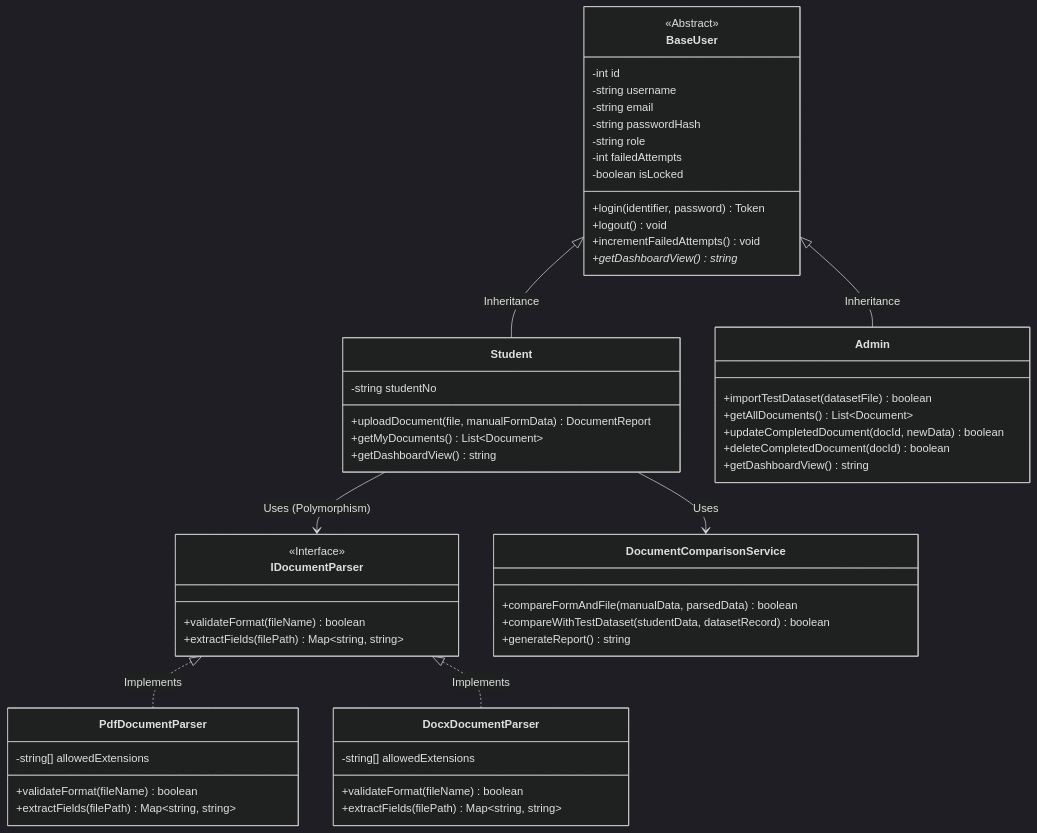
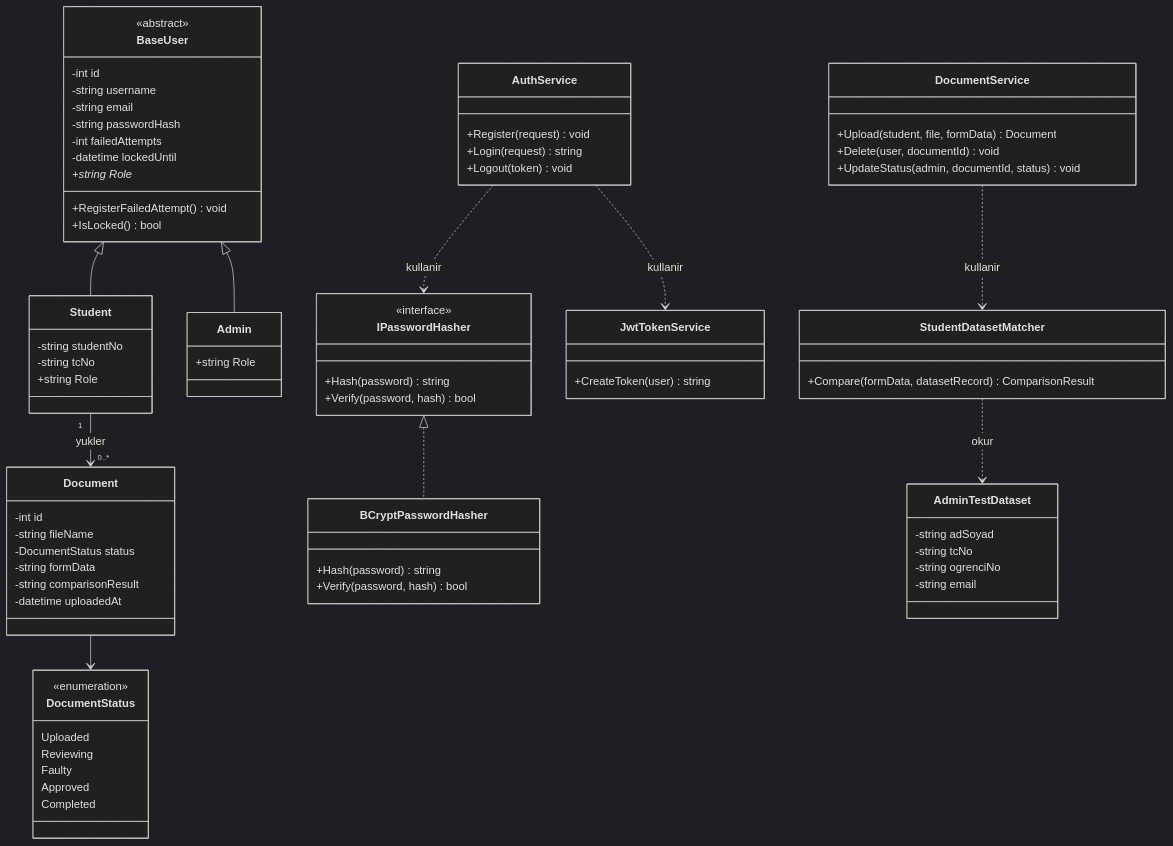
The diagram in docs/02_NYP_CLASS_DIYAGRAMI.md (faruksrcn21-ux/staj-yonetim-sistemi), drawn with Mermaid (dark theme) before and after one commit. The commit also changed other lines of this file and 3 other files, not shown here.

Commit message:
docs: redraw diagrams for evrak dogrulama requirements

````diff
--- a/docs/02_NYP_CLASS_DIYAGRAMI.md
+++ b/docs/02_NYP_CLASS_DIYAGRAMI.md
@@ -15,63 +5,91 @@
 ```mermaid
 classDiagram
     class BaseUser {
-        <<Abstract>>
+        <<abstract>>
         -int id
         -string username
         -string email
         -string passwordHash
-        -string role
         -int failedAttempts
-        -boolean isLocked
-        +login(identifier, password) Token
-        +logout() void
-        +incrementFailedAttempts() void
-        +getDashboardView()* string
+        -datetime lockedUntil
+        +string Role*
+        +RegisterFailedAttempt() void
+        +IsLocked() bool
     }
 
     class Student {
         -string studentNo
-        +uploadDocument(file, manualFormData) DocumentReport
-        +getMyDocuments() List~Document~
-        +getDashboardView() string
+        -string tcNo
+        +string Role
     }
 
     class Admin {
-        +importTestDataset(datasetFile) boolean
-        +getAllDocuments() List~Document~
-        +updateCompletedDocument(docId, newData) boolean
-        +deleteCompletedDocument(docId) boolean
-        +getDashboardView() string
+        +string Role
     }
 
-    class IDocumentParser {
-        <<Interface>>
-        +validateFormat(fileName) boolean
-        +extractFields(filePath) Map~string, string~
+    class IPasswordHasher {
+        <<interface>>
+        +Hash(password) string
+        +Verify(password, hash) bool
     }
 
-    class PdfDocumentParser {
-        -string[] allowedExtensions
-        +validateFormat(fileName) boolean
-        +extractFields(filePath) Map~string, string~
+    class BCryptPasswordHasher {
+        +Hash(password) string
+        +Verify(password, hash) bool
     }
 
-    class DocxDocumentParser {
-        -string[] allowedExtensions
-        +validateFormat(fileName) boolean
-        +extractFields(filePath) Map~string, string~
+    class AuthService {
+        +Register(request) void
+        +Login(request) string
+        +Logout(token) void
     }
 
-    class DocumentComparisonService {
-        +compareFormAndFile(manualData, parsedData) boolean
-        +compareWithTestDataset(studentData, datasetRecord) boolean
-        +generateReport() string
+    class JwtTokenService {
+        +CreateToken(user) string
     }
 
-    BaseUser <|-- Student : Inheritance
-    BaseUser <|-- Admin : Inheritance
-    IDocumentParser <|.. PdfDocumentParser : Implements
-    IDocumentParser <|.. DocxDocumentParser : Implements
-    Student --> IDocumentParser : Uses (Polymorphism)
-    Student --> DocumentComparisonService : Uses
+    class DocumentService {
+        +Upload(student, file, formData) Document
+        +Delete(user, documentId) void
+        +UpdateStatus(admin, documentId, status) void
+    }
+
+    class StudentDatasetMatcher {
+        +Compare(formData, datasetRecord) ComparisonResult
+    }
+
+    class Document {
+        -int id
+        -string fileName
+        -DocumentStatus status
+        -string formData
+        -string comparisonResult
+        -datetime uploadedAt
+    }
+
+    class DocumentStatus {
+        <<enumeration>>
+        Uploaded
+        Reviewing
+        Faulty
+        Approved
+        Completed
+    }
+
+    class AdminTestDataset {
+        -string adSoyad
+        -string tcNo
+        -string ogrenciNo
+        -string email
+    }
+
+    BaseUser <|-- Student
+    BaseUser <|-- Admin
+    IPasswordHasher <|.. BCryptPasswordHasher
+    AuthService ..> IPasswordHasher : kullanir
+    AuthService ..> JwtTokenService : kullanir
+    DocumentService ..> StudentDatasetMatcher : kullanir
+    StudentDatasetMatcher ..> AdminTestDataset : okur
+    Student "1" --> "0..*" Document : yukler
+    Document --> DocumentStatus
 ```
````
